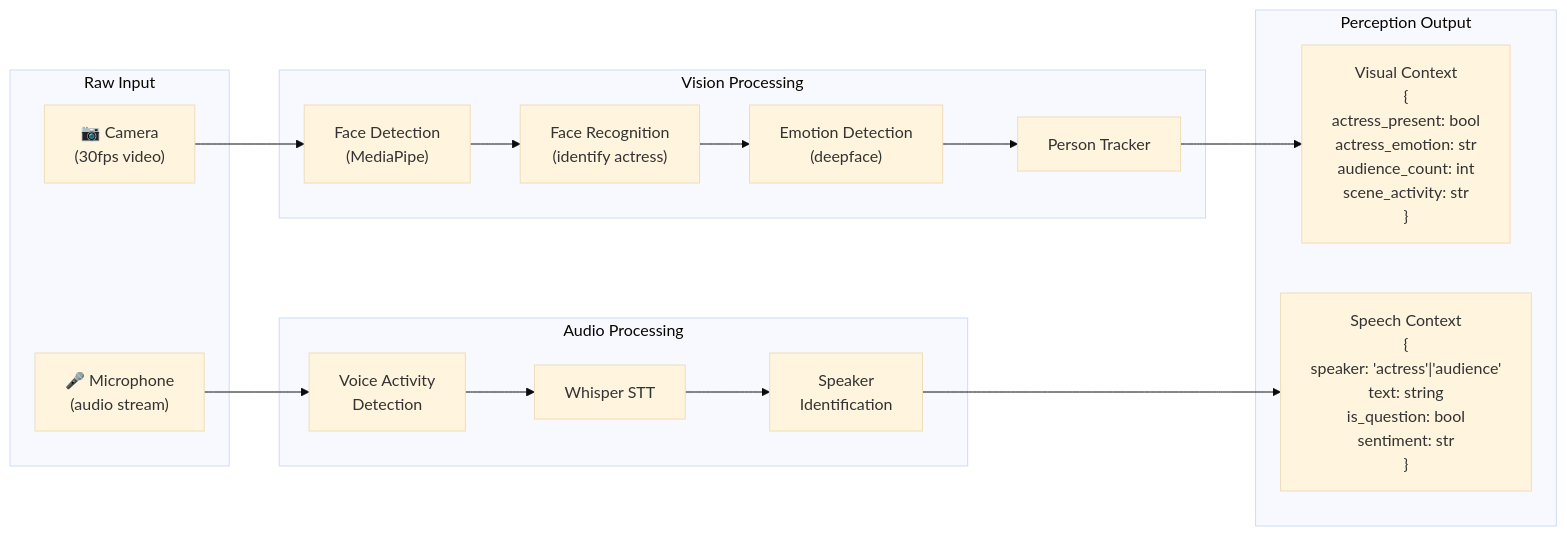
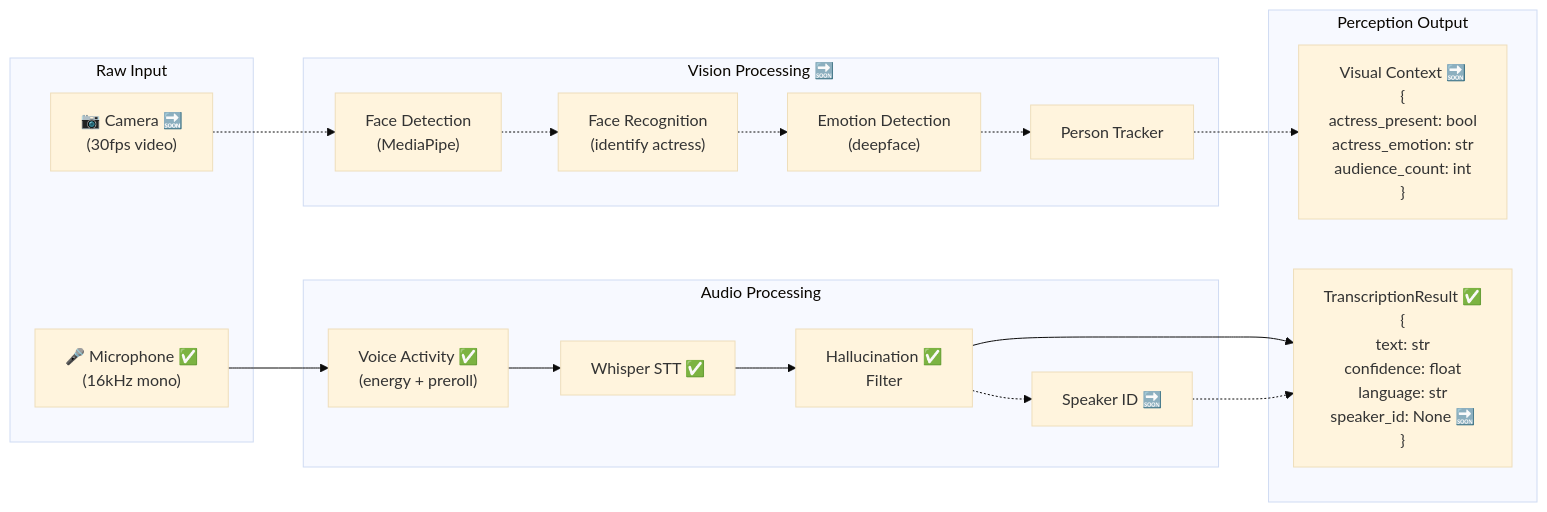
The second of 10 diagrams in ARCHITECTURE.md (sgl-a/Indira), drawn with Mermaid (base theme) before and after one commit. The commit also changed other lines of this file and 10 other files, not shown here.

Commit message:
Updated Architecture and Tech Stack. Updated Readme for accurate installation

````diff
--- a/ARCHITECTURE.md
+++ b/ARCHITECTURE.md
@@ -122,28 +127,30 @@
 ```mermaid
 flowchart LR
     subgraph INPUT ["Raw Input"]
-        CAM["📷 Camera\n(30fps video)"]
-        MIC["🎤 Microphone\n(audio stream)"]
+        CAM["📷 Camera 🔜\n(30fps video)"]
+        MIC["🎤 Microphone ✅\n(16kHz mono)"]
     end
 
-    subgraph VISION ["Vision Processing"]
+    subgraph VISION ["Vision Processing 🔜"]
         DETECT["Face Detection\n(MediaPipe)"]
         RECOG["Face Recognition\n(identify actress)"]
         EMOTION["Emotion Detection\n(deepface)"]
         TRACK["Person Tracker"]
     end
 
     subgraph AUDIO ["Audio Processing"]
-        VAD["Voice Activity\nDetection"]
-        STT["Whisper STT"]
-        SPEAKER_ID["Speaker\nIdentification"]
+        VAD["Voice Activity ✅\n(energy + preroll)"]
+        STT["Whisper STT ✅"]
+        FILTER["Hallucination ✅\nFilter"]
+        SPEAKER_ID["Speaker ID 🔜"]
     end
 
     subgraph PERCEPTION_OUT ["Perception Output"]
-        VISUAL_CTX["Visual Context\n{\n  actress_present: bool\n  actress_emotion: str\n  audience_count: int\n  scene_activity: str\n}"]
-        SPEECH_CTX["Speech Context\n{\n  speaker: 'actress'|'audience'\n  text: string\n  is_question: bool\n  sentiment: str\n}"]
+        VISUAL_CTX["Visual Context 🔜\n{\n  actress_present: bool\n  actress_emotion: str\n  audience_count: int\n}"]
+        SPEECH_CTX["TranscriptionResult ✅\n{\n  text: str\n  confidence: float\n  language: str\n  speaker_id: None 🔜\n}"]
     end
 
-    CAM --> DETECT --> RECOG --> EMOTION --> TRACK --> VISUAL_CTX
-    MIC --> VAD --> STT --> SPEAKER_ID --> SPEECH_CTX
+    CAM -.-> DETECT -.-> RECOG -.-> EMOTION -.-> TRACK -.-> VISUAL_CTX
+    MIC --> VAD --> STT --> FILTER --> SPEECH_CTX
+    FILTER -.-> SPEAKER_ID -.-> SPEECH_CTX
 ```
````
